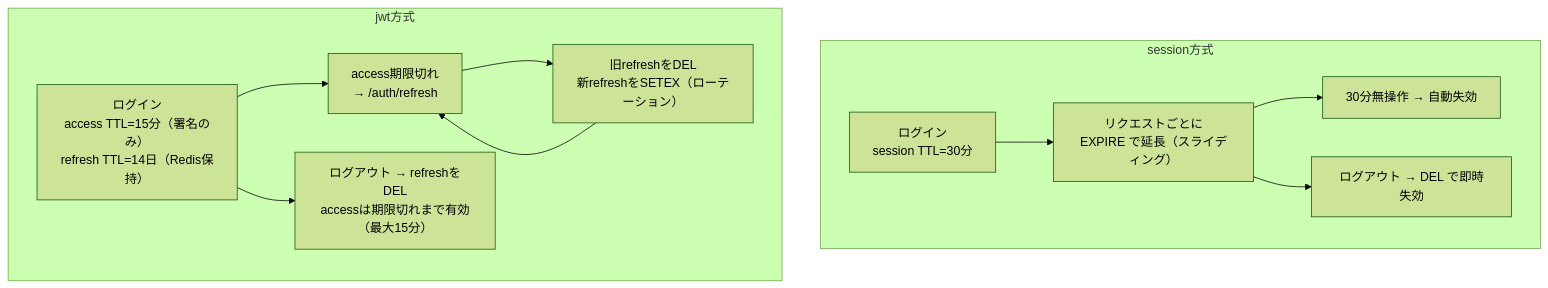
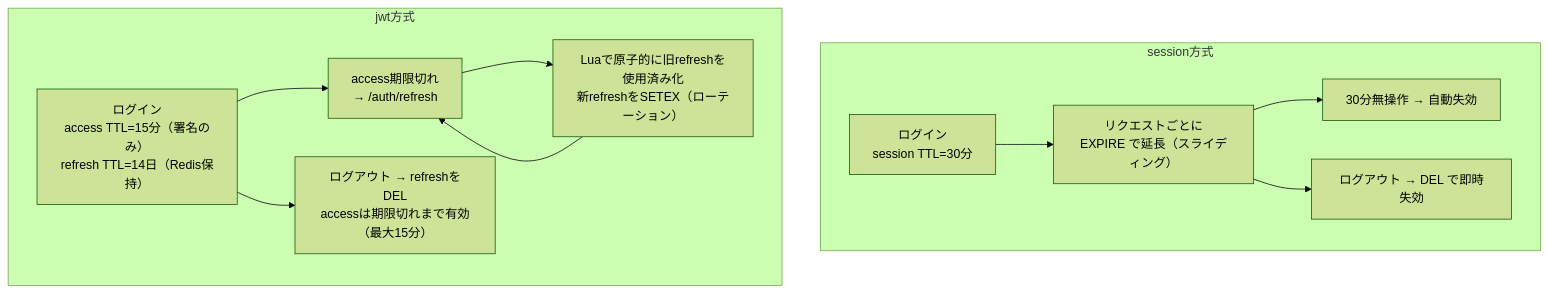
The first of 5 diagrams in basic_design/02_redis.md (oikawa-d/task_management), drawn with Mermaid (forest theme) before and after one commit. The commit also changed other lines of this file and 15 other files, not shown here.

````diff
--- a/basic_design/02_redis.md
+++ b/basic_design/02_redis.md
@@ -35,14 +39,14 @@
 ```mermaid
 flowchart TB
     subgraph session["session方式"]
         S1["ログイン<br/>session TTL=30分"] --> S2["リクエストごとに<br/>EXPIRE で延長（スライディング）"]
         S2 --> S3["30分無操作 → 自動失効"]
         S2 --> S4["ログアウト → DEL で即時失効"]
     end
     subgraph jwt["jwt方式"]
         J1["ログイン<br/>access TTL=15分（署名のみ）<br/>refresh TTL=14日（Redis保持）"] --> J2["access期限切れ<br/>→ /auth/refresh"]
-        J2 --> J3["旧refreshをDEL<br/>新refreshをSETEX（ローテーション）"]
+        J2 --> J3["Luaで原子的に旧refreshを使用済み化<br/>新refreshをSETEX（ローテーション）"]
         J3 --> J2
         J1 --> J4["ログアウト → refreshをDEL<br/>accessは期限切れまで有効（最大15分）"]
     end
 ```
````
